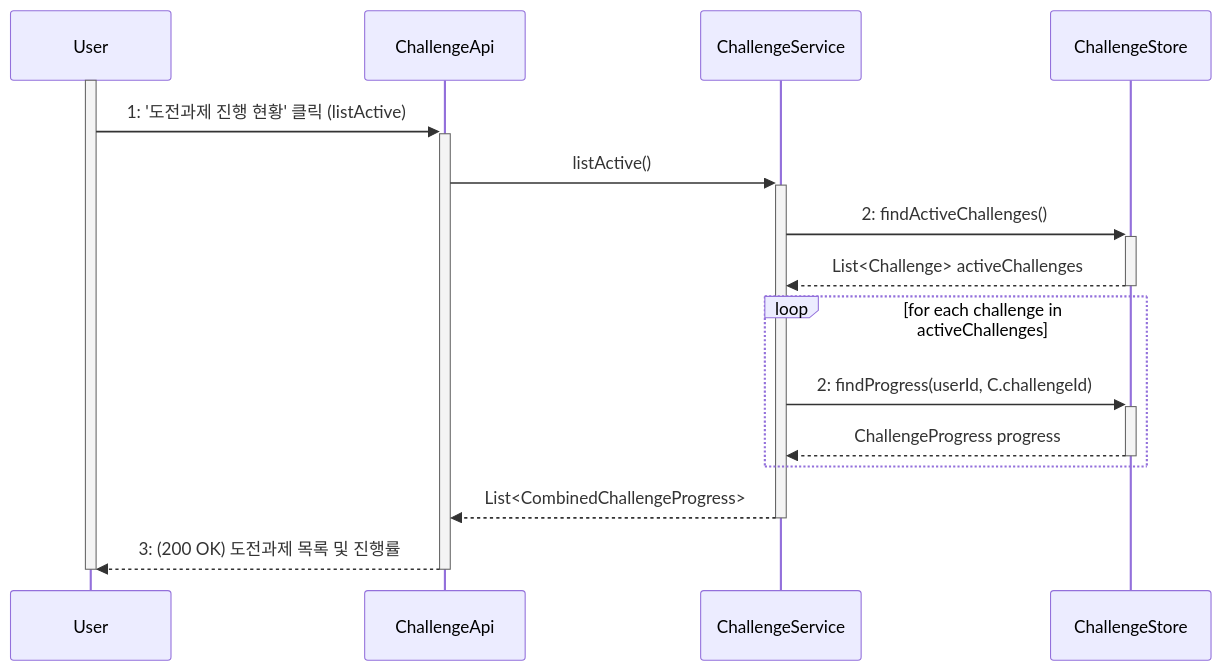
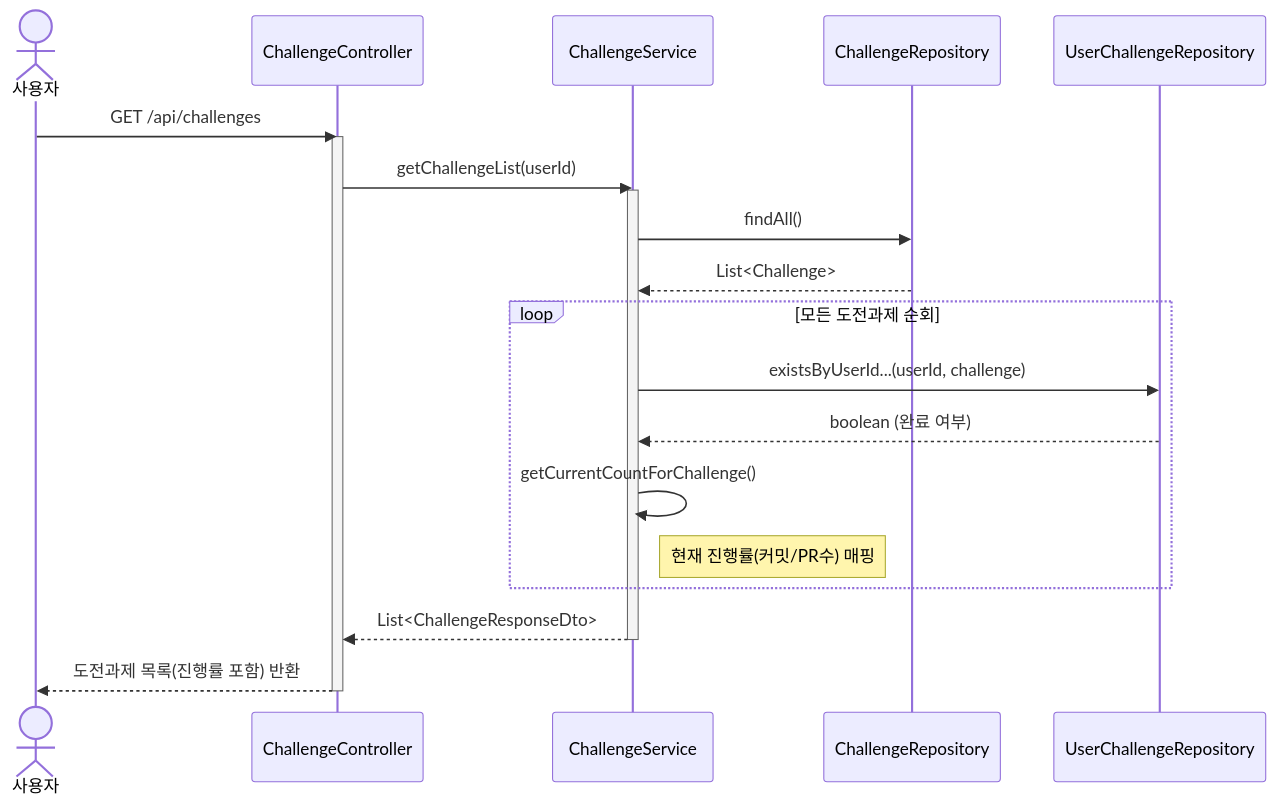
Diagram 37 of 43 in SDS_[깃라잡이].md (OHWCH/se_dev), drawn with Mermaid before and after one commit. The commit also changed other lines of this file, not shown here.

First line of the commit message:
이슈,기여도,도전과제,투두리스트 시퀀스다이어그램

````diff
--- a/SDS_[깃라잡이].md
+++ b/SDS_[깃라잡이].md
@@ -5974,25 +5918,31 @@
 ```mermaid
 sequenceDiagram
-    participant User
-    participant ChallengeApi
-    participant ChallengeService
-    participant ChallengeStore
+    actor User as 사용자
+    participant Controller as ChallengeController
+    participant Service as ChallengeService
+    participant ChallengeRepo as ChallengeRepository
+    participant UC_Repo as UserChallengeRepository
 
-    activate User
-    User->>+ChallengeApi: 1: '도전과제 진행 현황' 클릭 (listActive)
+    User->>Controller: GET /api/challenges
+    activate Controller
     
-    ChallengeApi->>+ChallengeService: listActive()
-    ChallengeService->>+ChallengeStore: 2: findActiveChallenges()
-    ChallengeStore-->>-ChallengeService: List<Challenge> activeChallenges
+    Controller->>Service: getChallengeList(userId)
+    activate Service
     
-    loop for each challenge in activeChallenges
-        ChallengeService->>+ChallengeStore: 2: findProgress(userId, C.challengeId)
-        ChallengeStore-->>-ChallengeService: ChallengeProgress progress
+    Service->>ChallengeRepo: findAll()
+    ChallengeRepo-->>Service: List<Challenge>
+    
+    loop 모든 도전과제 순회
+        Service->>UC_Repo: existsByUserId...(userId, challenge)
+        UC_Repo-->>Service: boolean (완료 여부)
+        
+        Service->>Service: getCurrentCountForChallenge()
+        Note right of Service: 현재 진행률(커밋/PR수) 매핑
     end
     
-    ChallengeService-->>-ChallengeApi: List<CombinedChallengeProgress>
+    Service-->>Controller: List<ChallengeResponseDto>
+    deactivate Service
     
-    ChallengeApi-->>User: 3: (200 OK) 도전과제 목록 및 진행률
-    deactivate ChallengeApi
-    deactivate User
+    Controller-->>User: 도전과제 목록(진행률 포함) 반환
+    deactivate Controller
 ```
````
